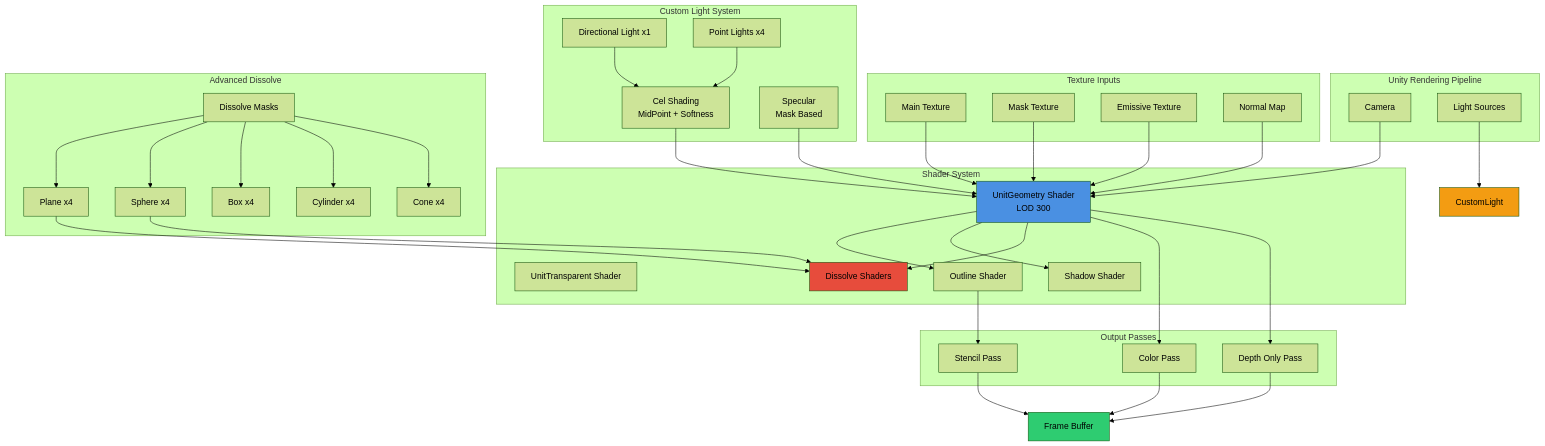
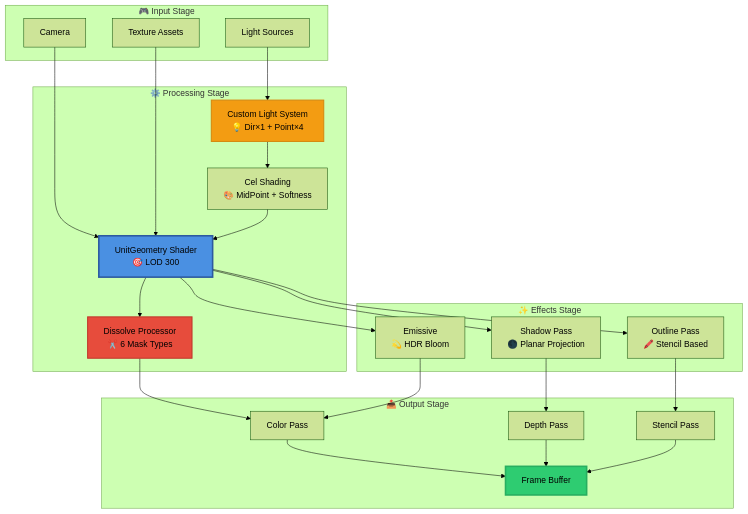
One commit to 1985jwlee/portpolio_shader changed the first of 2 diagrams in README.md. Above: the diagram before and after it, drawn with Mermaid (forest theme). The commit also changed other lines of this file, not shown here.

````diff
--- a/README.md
+++ b/README.md
@@ -59,83 +204,54 @@
 ```mermaid
 graph TB
-    subgraph "Unity Rendering Pipeline"
+    subgraph Input["🎮 Input Stage"]
         Camera[Camera]
-        Light[Light Sources]
+        Lights[Light Sources]
+        Textures[Texture Assets]
     end
     
-    subgraph "Shader System"
-        UnitGeo[UnitGeometry Shader<br/>LOD 300]
-        UnitTrans[UnitTransparent Shader]
-        Outline[Outline Shader]
-        Shadow[Shadow Shader]
-        Dissolve[Dissolve Shaders]
+    subgraph Processing["⚙️ Processing Stage"]
+        UnitGeo[UnitGeometry Shader<br/>🎯 LOD 300]
+        CustomLight[Custom Light System<br/>💡 Dir×1 + Point×4]
+        CelShading[Cel Shading<br/>🎨 MidPoint + Softness]
+        Dissolve[Dissolve Processor<br/>✂️ 6 Mask Types]
     end
     
-    subgraph "Texture Inputs"
-        MainTex[Main Texture]
-        MaskTex[Mask Texture]
-        EmissiveTex[Emissive Texture]
-        NormalTex[Normal Map]
+    subgraph Effects["✨ Effects Stage"]
+        Outline[Outline Pass<br/>🖍️ Stencil Based]
+        Shadow[Shadow Pass<br/>🌑 Planar Projection]
+        Emissive[Emissive<br/>💫 HDR Bloom]
     end
     
-    subgraph "Custom Light System"
-        DirLight[Directional Light x1]
-        PointLight[Point Lights x4]
-        CelShading[Cel Shading<br/>MidPoint + Softness]
-        Specular[Specular<br/>Mask Based]
-    end
-    
-    subgraph "Advanced Dissolve"
-        Mask[Dissolve Masks]
-        Plane[Plane x4]
-        Sphere[Sphere x4]
-        Box[Box x4]
-        Cylinder[Cylinder x4]
-        Cone[Cone x4]
-    end
-    
-    subgraph "Output Passes"
+    subgraph Output["📤 Output Stage"]
         ColorPass[Color Pass]
-        DepthPass[Depth Only Pass]
+        DepthPass[Depth Pass]
         StencilPass[Stencil Pass]
+        FrameBuffer[Frame Buffer]
     end
     
     Camera --> UnitGeo
-    Light --> CustomLight
+    Lights --> CustomLight
+    Textures --> UnitGeo
     
-    MainTex --> UnitGeo
-    MaskTex --> UnitGeo
-    EmissiveTex --> UnitGeo
-    NormalTex --> UnitGeo
+    CustomLight --> CelShading
+    CelShading --> UnitGeo
     
-    DirLight --> CelShading
-    PointLight --> CelShading
-    CelShading --> UnitGeo
-    Specular --> UnitGeo
-    
+    UnitGeo --> Dissolve
     UnitGeo --> Outline
     UnitGeo --> Shadow
-    UnitGeo --> Dissolve
+    UnitGeo --> Emissive
     
-    Mask --> Plane
-    Mask --> Sphere
-    Mask --> Box
-    Mask --> Cylinder
-    Mask --> Cone
+    Outline --> StencilPass
+    Shadow --> DepthPass
+    Dissolve --> ColorPass
+    Emissive --> ColorPass
     
-    Plane --> Dissolve
-    Sphere --> Dissolve
-    
-    UnitGeo --> ColorPass
-    UnitGeo --> DepthPass
-    Outline --> StencilPass
-    
-    ColorPass --> FrameBuffer[Frame Buffer]
+    ColorPass --> FrameBuffer
     DepthPass --> FrameBuffer
     StencilPass --> FrameBuffer
     
-    style UnitGeo fill:#4a90e2
-    style CustomLight fill:#f39c12
-    style Dissolve fill:#e74c3c
-    style FrameBuffer fill:#2ecc71
+    style UnitGeo fill:#4a90e2,stroke:#2c5aa0,stroke-width:3px
+    style CustomLight fill:#f39c12,stroke:#d68910,stroke-width:2px
+    style Dissolve fill:#e74c3c,stroke:#c0392b,stroke-width:2px
+    style FrameBuffer fill:#2ecc71,stroke:#27ae60,stroke-width:3px
 ```
````
